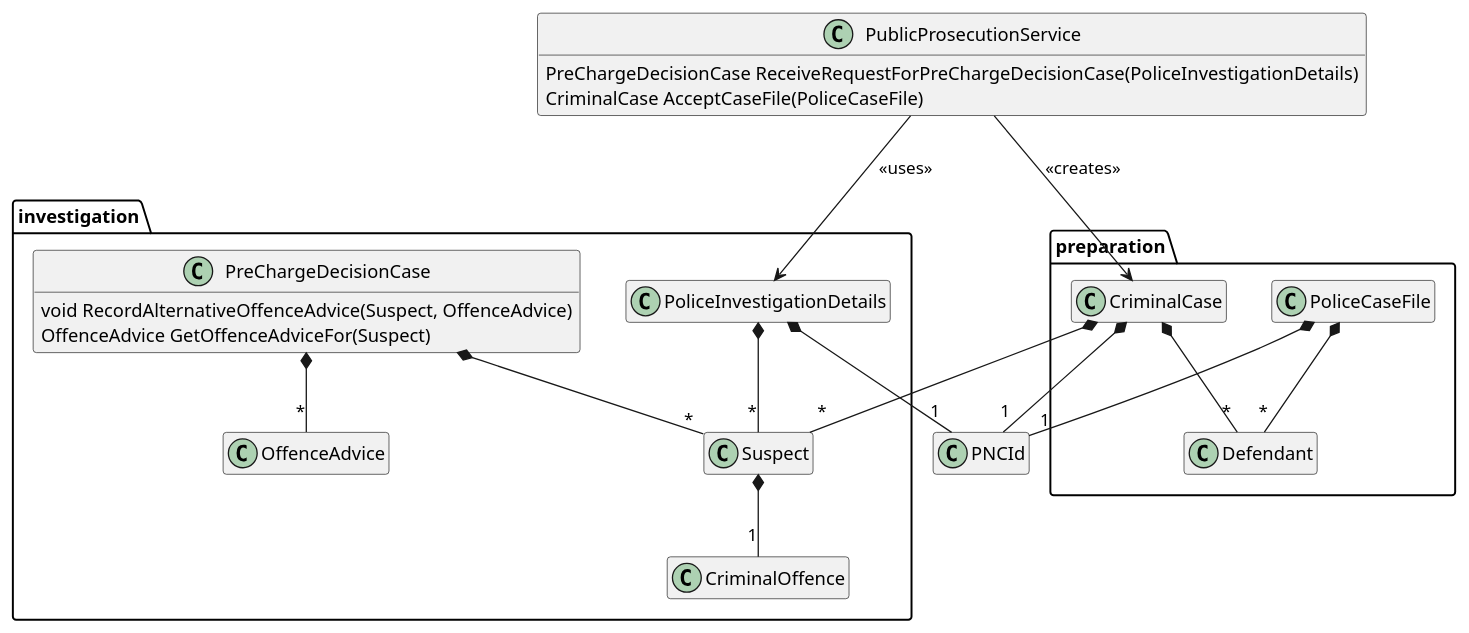
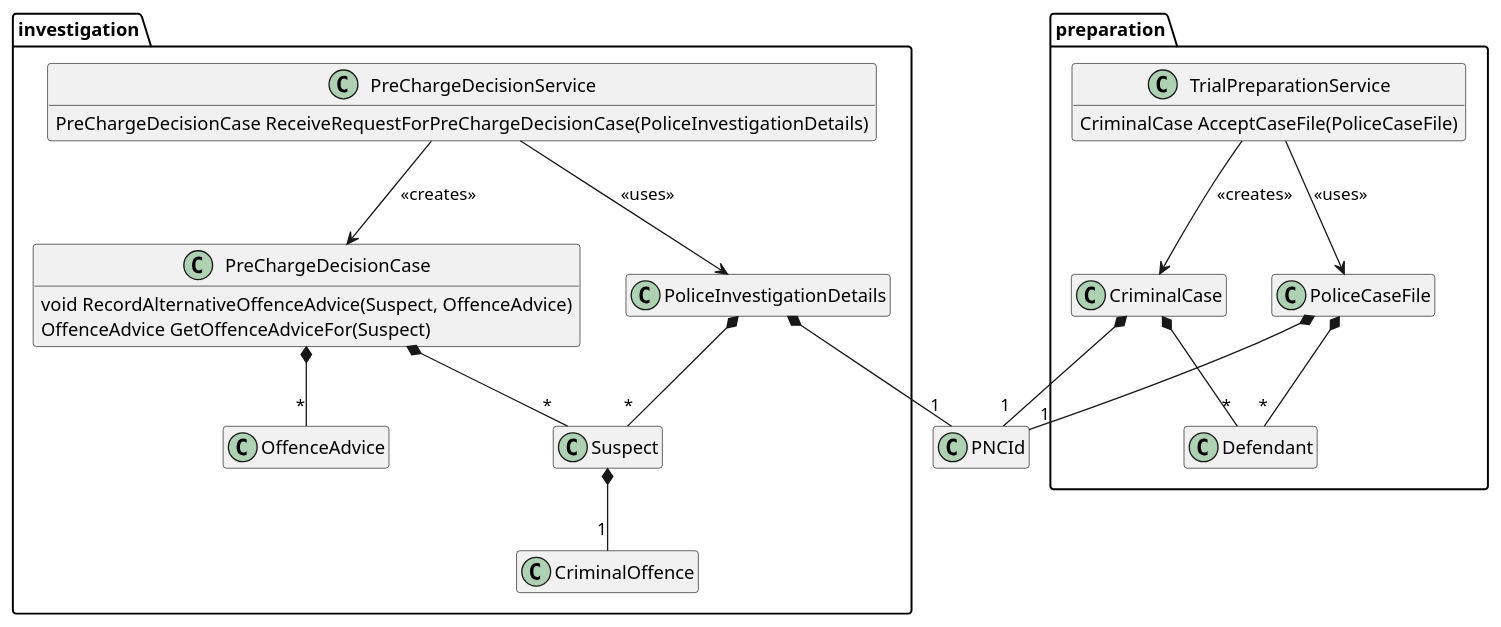
One commit to sswietoniowski/learning-csharp-domain-driven-desing-first-steps changed the diagram in docs/Domain-Model.puml. Above: the diagram before and after it, drawn with PlantUML.

Commit message:
Extras - DOCS - Update the diagram to show split of PublicProsecutionService into PreChargeDecisionService and TrialPreparationService and associated relationship changes

```diff
--- a/docs/Domain-Model.puml
+++ b/docs/Domain-Model.puml
@@ -1,68 +1,73 @@
 @startuml Public Prosecution Service
 
 hide empty members
 hide empty methods
 
 package investigation {
+    class PreChargeDecisionService {
+        PreChargeDecisionCase ReceiveRequestForPreChargeDecisionCase(PoliceInvestigationDetails)
+    }
+
     class CriminalOffence {
     }
 
     class OffenceAdvice {
     }
 
     class PoliceInvestigationDetails {
     }
 
     class PreChargeDecisionCase {
         void RecordAlternativeOffenceAdvice(Suspect, OffenceAdvice)
         OffenceAdvice GetOffenceAdviceFor(Suspect)
     }
 
     class Suspect    {
     }
 }
 
 package preparation {
+    class TrialPreparationService {
+        CriminalCase AcceptCaseFile(PoliceCaseFile)
+    }
+
     class CriminalCase {
     }
 
     class Defendant {
     }
 
     class PoliceCaseFile {
     }
 }
 
 class PNCId {
-}
-
-class PublicProsecutionService {
-    PreChargeDecisionCase ReceiveRequestForPreChargeDecisionCase(PoliceInvestigationDetails)
-    CriminalCase AcceptCaseFile(PoliceCaseFile)
 }
 
 Suspect *-- "1" CriminalOffence
 
 PoliceCaseFile *-- "1" PNCId
 
 PoliceCaseFile *-- "*" Defendant
 
 PoliceInvestigationDetails *-- "1" PNCId
 
 PoliceInvestigationDetails *-- "*" Suspect
 
 PreChargeDecisionCase *-- "*" Suspect
 
 PreChargeDecisionCase *-- "*" OffenceAdvice
 
 CriminalCase *-- "1" PNCId
 
-CriminalCase *-- "*" Suspect
-
 CriminalCase *-- "*" Defendant
 
-PublicProsecutionService --> CriminalCase : <<creates>>
+PreChargeDecisionService --> PreChargeDecisionCase : <<creates>>
 
-PublicProsecutionService --> PoliceInvestigationDetails : <<uses>>
+PreChargeDecisionService --> PoliceInvestigationDetails : <<uses>>
+
+TrialPreparationService --> CriminalCase : <<creates>>
+
+TrialPreparationService --> PoliceCaseFile : <<uses>>
 
 @enduml
```
